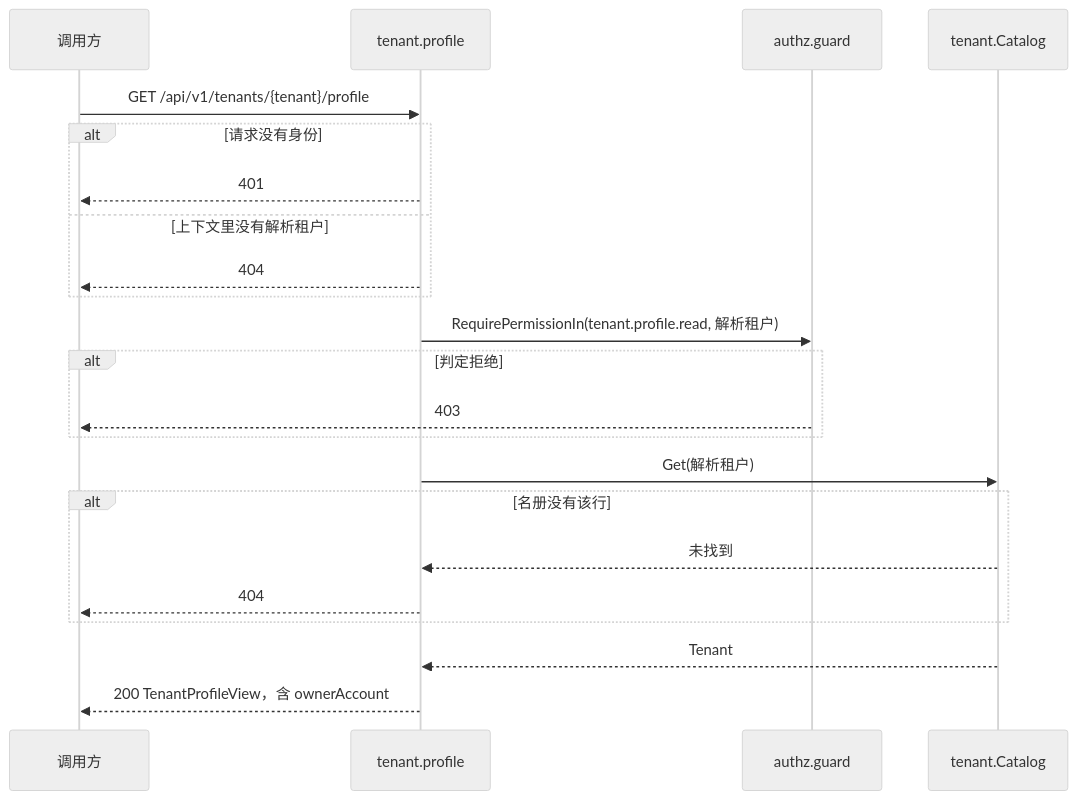
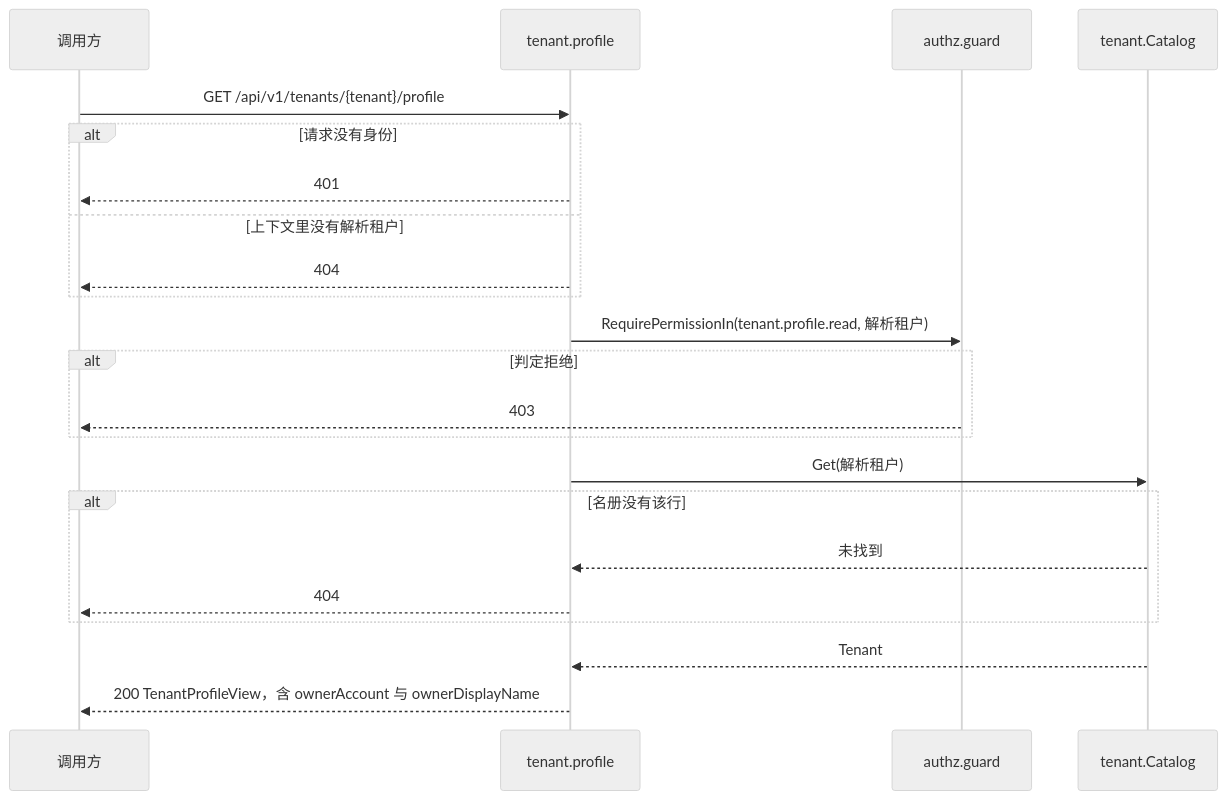
One commit to wangzw/speed changed the diagram in docs/design/modules/tenant/design-tenant-profile.md. Above: the diagram before and after it, drawn with Mermaid (neutral theme). The commit also changed other lines of this file and 4 other files, not shown here.

Commit message:
docs(prd): name the organization owner by display name and username

````diff
--- a/docs/design/modules/tenant/design-tenant-profile.md
+++ b/docs/design/modules/tenant/design-tenant-profile.md
@@ -71,24 +72,24 @@
 ```mermaid
 sequenceDiagram
     participant C as 调用方
     participant H as tenant.profile
     participant Q as authz.guard
     participant R as tenant.Catalog
     C->>H: GET /api/v1/tenants/{tenant}/profile
     alt 请求没有身份
         H-->>C: 401
     else 上下文里没有解析租户
         H-->>C: 404
     end
     H->>Q: RequirePermissionIn(tenant.profile.read, 解析租户)
     alt 判定拒绝
         Q-->>C: 403
     end
     H->>R: Get(解析租户)
     alt 名册没有该行
         R-->>H: 未找到
         H-->>C: 404
     end
     R-->>H: Tenant
-    H-->>C: 200 TenantProfileView，含 ownerAccount
+    H-->>C: 200 TenantProfileView，含 ownerAccount 与 ownerDisplayName
 ```
````
